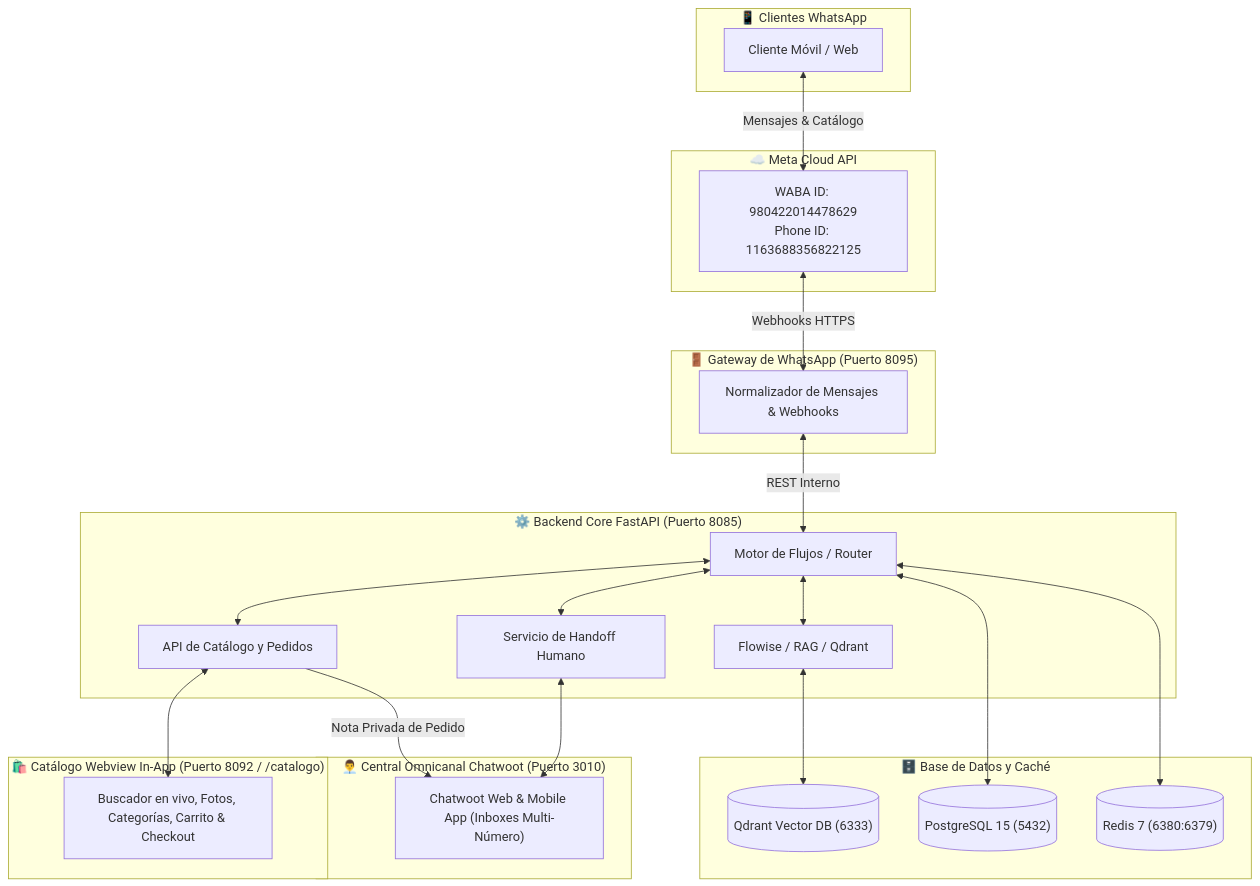
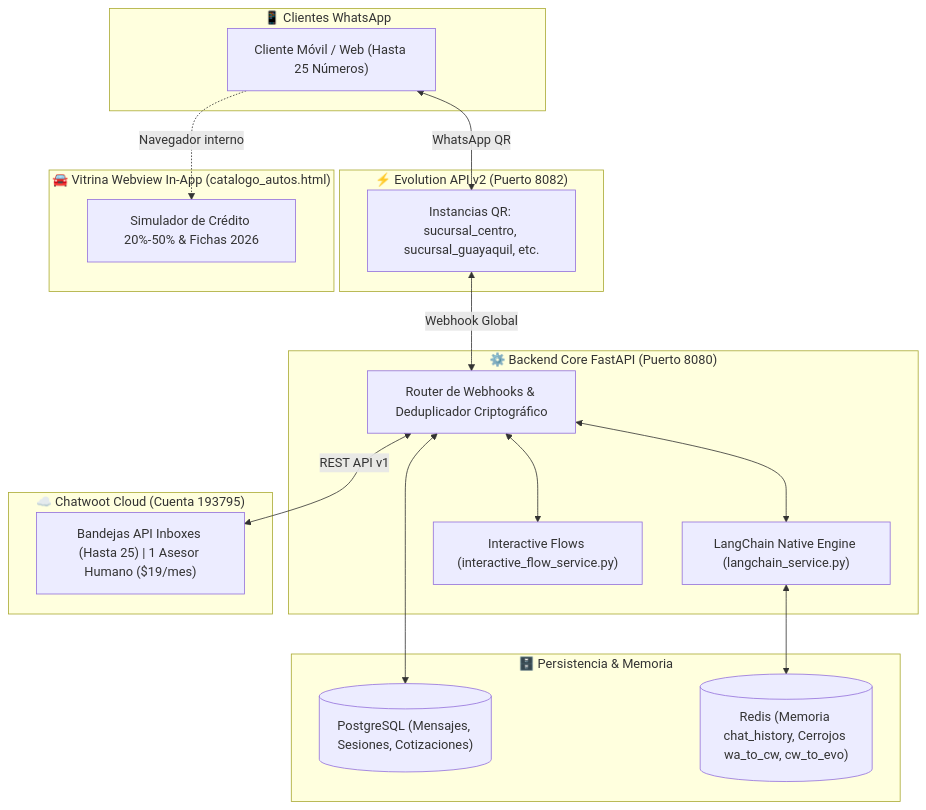
Before and after one commit to HeuristicLog/chatbot_agente_ferreteria01: the diagram in README.md, drawn with Mermaid. The commit also changed other lines of this file and 5 other files, not shown here.

Commit message:
docs(release): update README, technical docs and user manual for langchain-chatwoot-interactive-suite

````diff
--- a/README.md
+++ b/README.md
@@ -24,48 +63,38 @@
 ```mermaid
 flowchart TD
     subgraph WhatsApp["📱 Clientes WhatsApp"]
-        User["Cliente Móvil / Web"]
+        User["Cliente Móvil / Web (Hasta 25 Números)"]
     end
 
-    subgraph MetaCloud["☁️ Meta Cloud API"]
-        WABA["WABA ID: 980422014478629<br/>Phone ID: 1163688356822125"]
+    subgraph EvolutionAPI["⚡ Evolution API v2 (Puerto 8082)"]
+        Instances["Instancias QR: sucursal_centro, sucursal_guayaquil, etc."]
     end
 
-    subgraph Gateway["🚪 Gateway de WhatsApp (Puerto 8095)"]
-        GW["Normalizador de Mensajes & Webhooks"]
+    subgraph Backend["⚙️ Backend Core FastAPI (Puerto 8080)"]
+        Router["Router de Webhooks & Deduplicador Criptográfico"]
+        AI["LangChain Native Engine (langchain_service.py)"]
+        Flows["Interactive Flows (interactive_flow_service.py)"]
     end
 
-    subgraph Backend["⚙️ Backend Core FastAPI (Puerto 8085)"]
-        Core["Motor de Flujos / Router"]
-        CatAPI["API de Catálogo y Pedidos"]
-        Handoff["Servicio de Handoff Humano"]
-        AI["Flowise / RAG / Qdrant"]
+    subgraph Storefront["🚘 Vitrina Webview In-App (catalogo_autos.html)"]
+        Webview["Simulador de Crédito 20%-50% & Fichas 2026"]
     end
 
-    subgraph Storefront["🛍️ Catálogo Webview In-App (Puerto 8092 / /catalogo)"]
-        Store["Buscador en vivo, Fotos, Categorías, Carrito & Checkout"]
+    subgraph DataLayer["🗄️ Persistencia & Memoria"]
+        PG[("PostgreSQL (Mensajes, Sesiones, Cotizaciones)")]
+        RD[("Redis (Memoria chat_history, Cerrojos wa_to_cw, cw_to_evo)")]
     end
 
-    subgraph DataLayer["🗄️ Base de Datos y Caché"]
-        PG[("PostgreSQL 15 (5432)")]
-        RD[("Redis 7 (6380:6379)")]
-        QD[("Qdrant Vector DB (6333)")]
+    subgraph ChatwootCloud["☁️ Chatwoot Cloud (Cuenta 193795)"]
+        CW["Bandejas API Inboxes (Hasta 25) | 1 Asesor Humano ($19/mes)"]
     end
 
-    subgraph Omnichannel["👨‍💼 Central Omnicanal Chatwoot (Puerto 3010)"]
-        CW["Chatwoot Web & Mobile App (Inboxes Multi-Número)"]
-    end
-
-    User <-->|Mensajes & Catálogo| WABA
-    WABA <-->|Webhooks HTTPS| GW
-    GW <-->|REST Interno| Core
-    Core <--> CatAPI
-    Core <--> Handoff
-    Core <--> AI
-    CatAPI <--> Store
-    Core <--> PG
-    Core <--> RD
-    AI <--> QD
-    Handoff <--> CW
-    CatAPI -->|Nota Privada de Pedido| CW
+    User <-->|WhatsApp QR| Instances
+    Instances <-->|Webhook Global| Router
+    Router <--> AI
+    Router <--> Flows
+    AI <--> RD
+    Router <--> PG
+    Router <-->|REST API v1| CW
+    User -.->|Navegador interno| Webview
 ```
````
